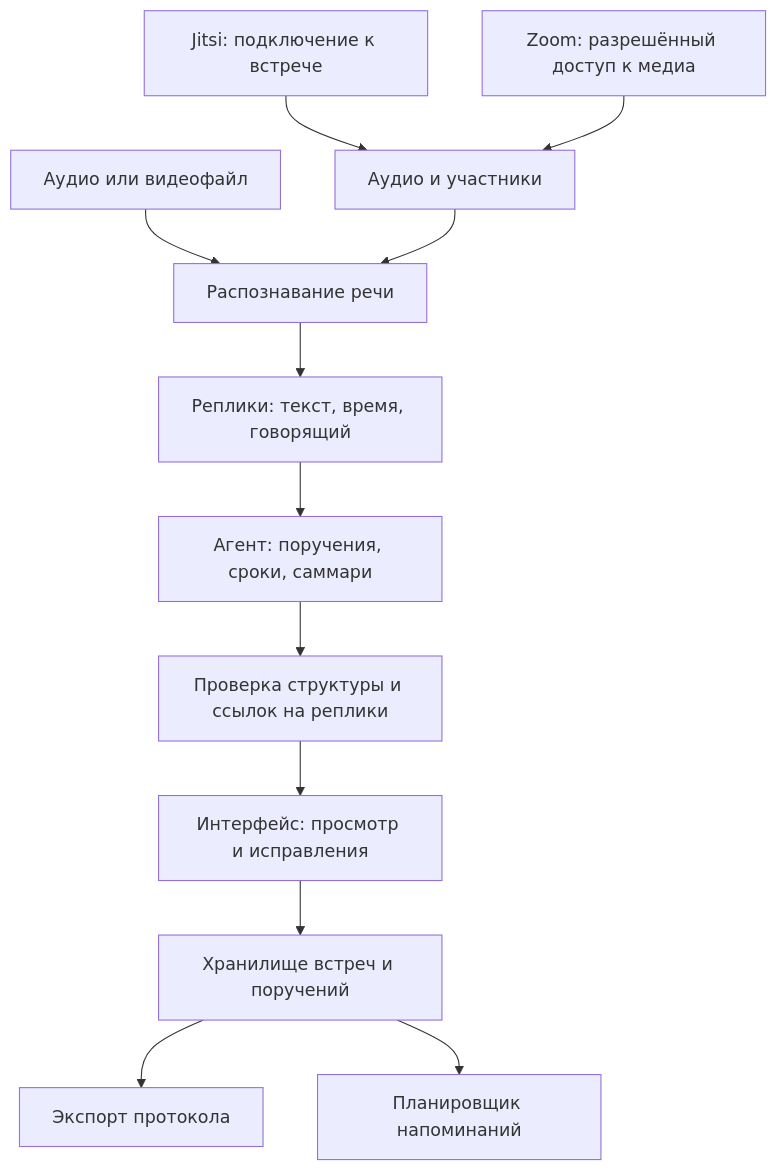
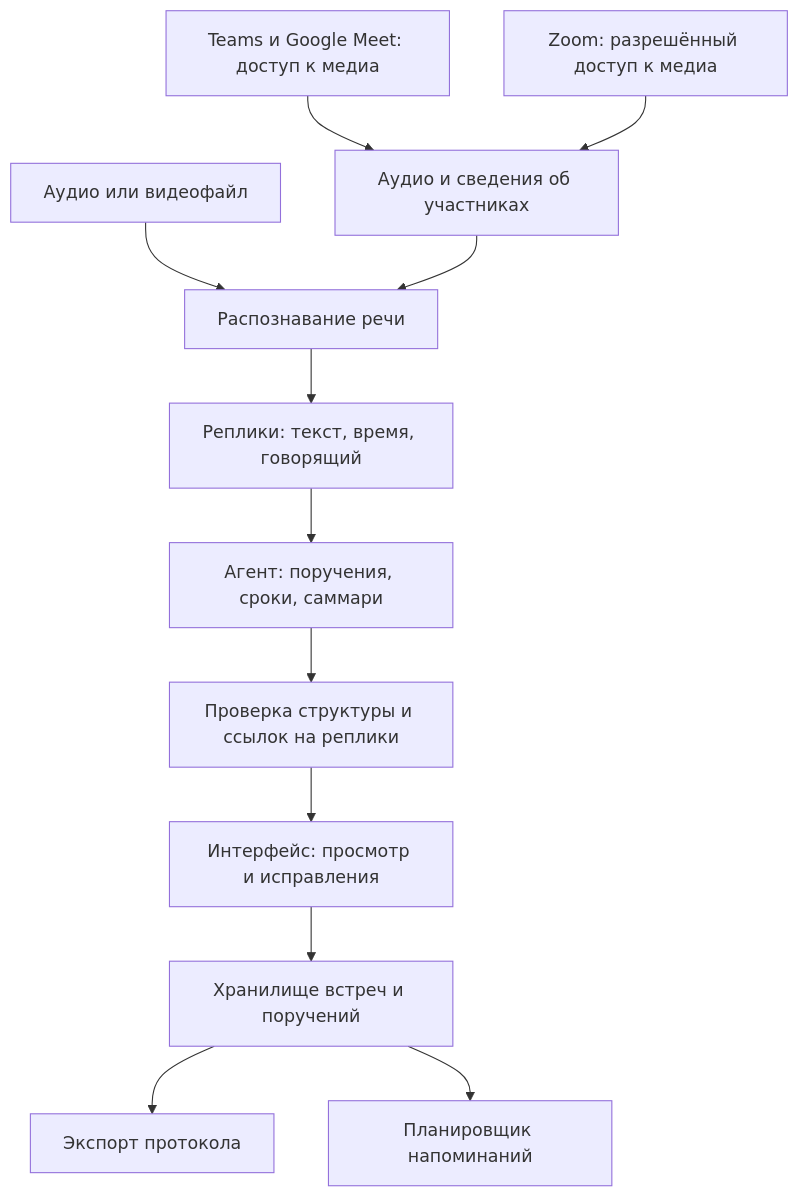
The diagram in .scratch/meeting-protocol/architecture.md (BAITC-Hacks/hack-d7cbffb9-kaskyralmaty), drawn with Mermaid before and after one commit. The commit also changed other lines of this file and 6 other files, not shown here.

````diff
--- a/.scratch/meeting-protocol/architecture.md
+++ b/.scratch/meeting-protocol/architecture.md
@@ -13,14 +13,14 @@
 ```mermaid
 flowchart TD
     F[Аудио или видеофайл] --> S[Распознавание речи]
-    J[Jitsi: подключение к встрече] --> A[Аудио и участники]
+    M[Teams и Google Meet: доступ к медиа] --> A[Аудио и сведения об участниках]
     Z[Zoom: разрешённый доступ к медиа] --> A
     A --> S
     S --> T[Реплики: текст, время, говорящий]
     T --> G[Агент: поручения, сроки, саммари]
     G --> V[Проверка структуры и ссылок на реплики]
     V --> U[Интерфейс: просмотр и исправления]
     U --> D[Хранилище встреч и поручений]
     D --> E[Экспорт протокола]
     D --> R[Планировщик напоминаний]
 ```
````
